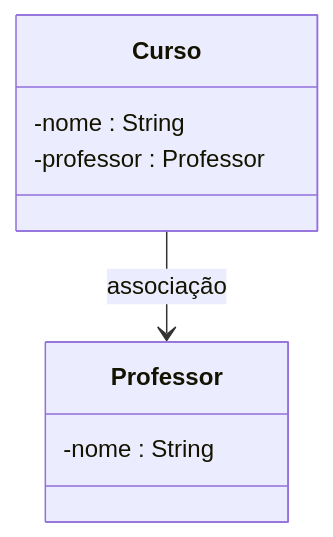
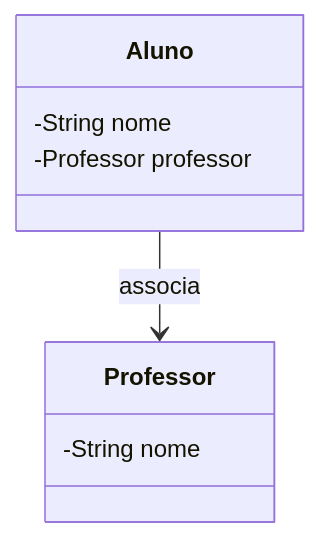
Before and after one commit to afburger/FURB-2025_02_POO_16804: the first of 7 diagrams in Conteudo/Unidade02.md, drawn with Mermaid. The commit also changed other lines of this file and 1 other file, not shown here.

````diff
--- a/Conteudo/Unidade02.md
+++ b/Conteudo/Unidade02.md
@@ -28,11 +41,12 @@
 ```mermaid
 classDiagram
+    class Aluno {
+        -String nome
+        -Professor professor
+    }
     class Professor {
-        -nome : String
+        -String nome
     }
-    class Curso {
-        -nome : String
-        -professor : Professor
-    }
-    Curso --> Professor : associação
+    Aluno --> Professor : associa
+
 ```
````
